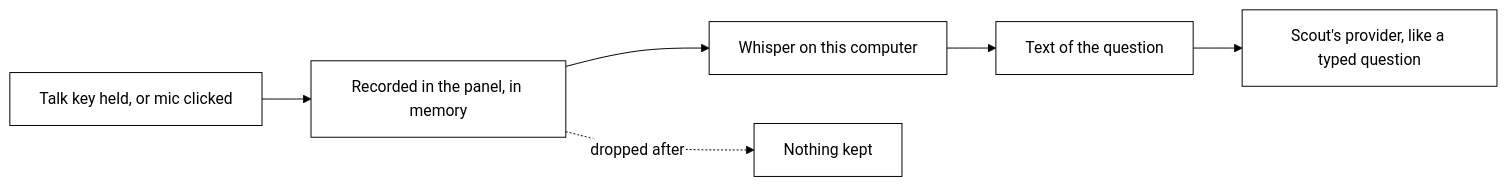
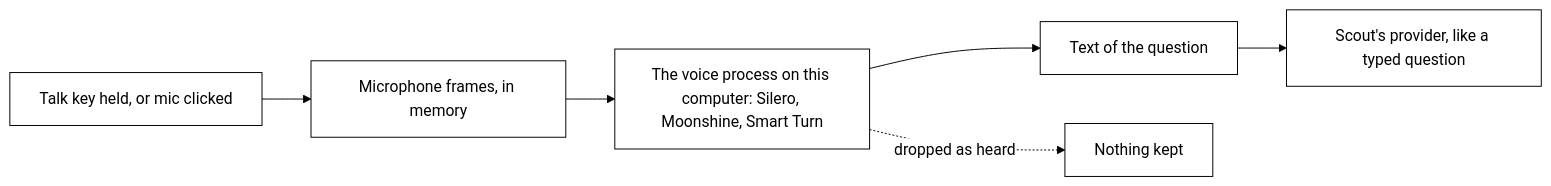
One commit to nadeem4/tagalong changed the second of 2 diagrams in docs/privacy.md. Above: the diagram before and after it, drawn with Mermaid. The commit also changed other lines of this file and 60 other files, not shown here.

First line of the commit message:
Local ears for hold-to-talk, with live words; Whisper removed (#92)

````diff
--- a/docs/privacy.md
+++ b/docs/privacy.md
@@ -239,9 +239,9 @@
 ```mermaid
 %%{init: {"theme": "base", "themeVariables": {"primaryColor": "#ffffff", "primaryTextColor": "#000000", "primaryBorderColor": "#000000", "lineColor": "#000000", "secondaryColor": "#ffffff", "tertiaryColor": "#ffffff", "background": "#ffffff"}}}%%
 flowchart LR
-  K["Talk key held, or mic clicked"] --> R["Recorded in the panel, in memory"]
-  R --> W["Whisper on this computer"]
-  W --> T["Text of the question"]
+  K["Talk key held, or mic clicked"] --> R["Microphone frames, in memory"]
+  R --> V["The voice process on this computer: Silero, Moonshine, Smart Turn"]
+  V --> T["Text of the question"]
   T --> P["Scout's provider, like a typed question"]
-  R -.->|"dropped after"| X["Nothing kept"]
+  V -.->|"dropped as heard"| X["Nothing kept"]
 ```
````
